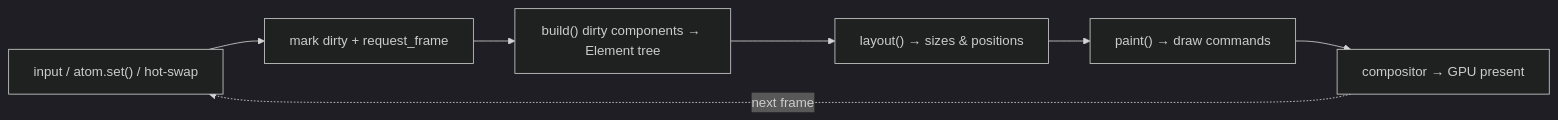
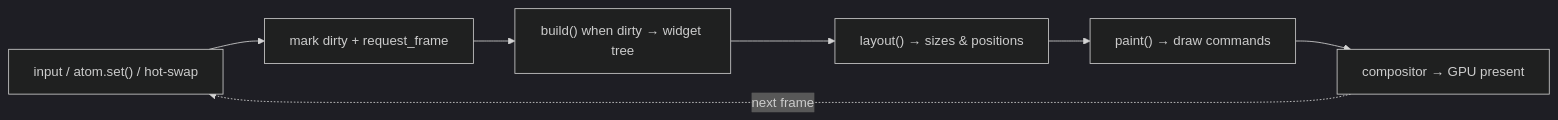
The second of 2 diagrams in docs/architecture/README.md (rosace-ui/rosace), drawn with Mermaid (dark theme) before and after one commit. The commit also changed other lines of this file and 22 other files, not shown here.

````diff
--- a/docs/architecture/README.md
+++ b/docs/architecture/README.md
@@ -44,9 +44,9 @@
 ```mermaid
 graph LR
     E["input / atom.set() / hot-swap"] --> D["mark dirty + request_frame"]
-    D --> B["build() dirty components → Element tree"]
+    D --> B["build() when dirty → widget tree"]
     B --> L["layout() → sizes & positions"]
     L --> P["paint() → draw commands"]
     P --> C["compositor → GPU present"]
     C -.->|next frame| E
 ```
````
